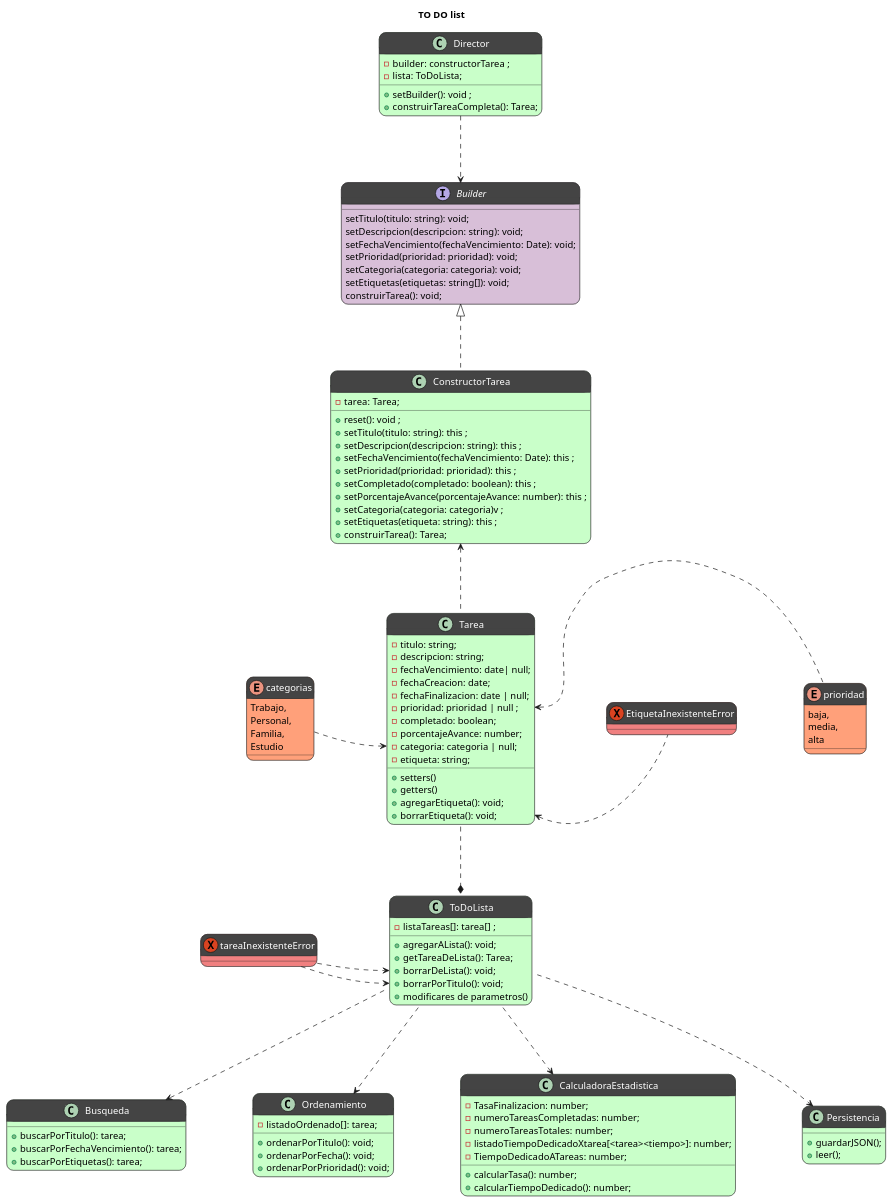
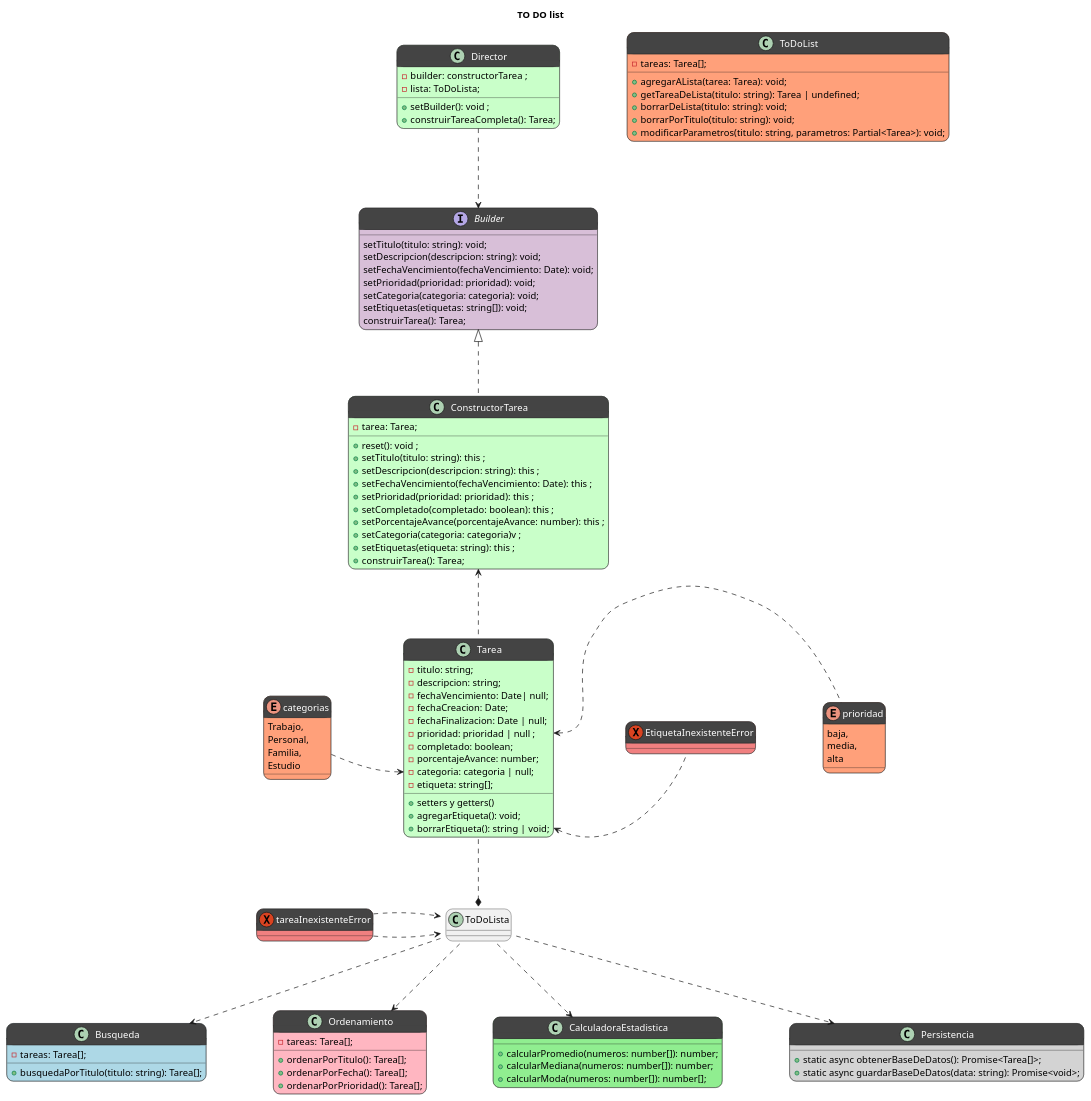
Before and after one commit to FrancoLuduena-dev/To-DO-list: the diagram in diagramas/diagrama.puml, drawn with PlantUML. The commit also changed 10 other files, not shown here.

Commit message:
arreglos de errores y actualizacion de diagramas

```diff
--- a/diagramas/diagrama.puml
+++ b/diagramas/diagrama.puml
@@ -1,144 +1,135 @@
 @startuml diagrama clases
 title TO DO list
 
 interface Builder #Thistle;header:444{
     setTitulo(titulo: string): void;
     setDescripcion(descripcion: string): void;
     setFechaVencimiento(fechaVencimiento: Date): void;
     setPrioridad(prioridad: prioridad): void;
     setCategoria(categoria: categoria): void;
     setEtiquetas(etiquetas: string[]): void;
-    construirTarea(): void;
+    construirTarea(): Tarea;
 }
 
 class Tarea #TECHNOLOGY;header:444{
     - titulo: string;
     - descripcion: string;
-    - fechaVencimiento: date| null;
-    - fechaCreacion: date;
-    - fechaFinalizacion: date | null;
+    - fechaVencimiento: Date| null;
+    - fechaCreacion: Date;
+    - fechaFinalizacion: Date | null;
     - prioridad: prioridad | null ;
     - completado: boolean;
     - porcentajeAvance: number;
     - categoria: categoria | null;
-    - etiqueta: string;
-    + setters()
-    + getters()
+    - etiqueta: string[];
+    + setters y getters()
     + agregarEtiqueta(): void;
-    + borrarEtiqueta(): void;
+    + borrarEtiqueta(): string | void;
 }
 
 class ConstructorTarea #TECHNOLOGY;header:444 implements Builder {
     - tarea: Tarea;
     +reset(): void ;
     +setTitulo(titulo: string): this ;
     +setDescripcion(descripcion: string): this ;
     +setFechaVencimiento(fechaVencimiento: Date): this ;
     +setPrioridad(prioridad: prioridad): this ;
     +setCompletado(completado: boolean): this ;
     +setPorcentajeAvance(porcentajeAvance: number): this ;
     +setCategoria(categoria: categoria)v ;
     +setEtiquetas(etiqueta: string): this ;
     +construirTarea(): Tarea;
 }
 
 class Director #TECHNOLOGY;header:444{
     -builder: constructorTarea ;
     -lista: ToDoLista;
     +setBuilder(): void ;
     +construirTareaCompleta(): Tarea;
 }
 
 enum prioridad #LightSalmon;header:444{
     baja,
     media,
     alta
     }
 
 enum categorias #LightSalmon;header:444{
     Trabajo,
     Personal,
     Familia,
     Estudio
 }
 
-class ToDoLista #TECHNOLOGY;header:444{
-    - listaTareas[]: tarea[] ;
-    + agregarALista(): void;
-    + getTareaDeLista(): Tarea;
-    + borrarDeLista(): void;
-    + borrarPorTitulo(): void;
-    + modificares de parametros()
-    ' NO SE SI SON NECESARIOS ESTOS, PUEDE TOMARLOS DEL GENERAL
+class ToDoList #LightSalmon;header:444 {
+    - tareas: Tarea[];
+    + agregarALista(tarea: Tarea): void;
+    + getTareaDeLista(titulo: string): Tarea | undefined;
+    + borrarDeLista(titulo: string): void;
+    + borrarPorTitulo(titulo: string): void;
+    + modificarParametros(titulo: string, parametros: Partial<Tarea>): void;
 }
 
-class Busqueda #TECHNOLOGY;header:444{
-    + buscarPorTitulo(): tarea;
-    + buscarPorFechaVencimiento(): tarea;
-    + buscarPorEtiquetas(): tarea;
+class Busqueda #LightBlue;header:444 {
+    - tareas: Tarea[];
+    + busquedaPorTitulo(titulo: string): Tarea[];
 }
 
-class Ordenamiento #TECHNOLOGY;header:444{
-    - listadoOrdenado[]: tarea;
-    + ordenarPorTitulo(): void;
-    + ordenarPorFecha(): void;
-    + ordenarPorPrioridad(): void;
+class Ordenamiento #LightPink;header:444 {
+    - tareas: Tarea[];
+    + ordenarPorTitulo(): Tarea[];
+    + ordenarPorFecha(): Tarea[];
+    + ordenarPorPrioridad(): Tarea[];
 }
 
-class CalculadoraEstadistica #TECHNOLOGY;header:444{
-    - TasaFinalizacion: number;
-    - numeroTareasCompletadas: number;
-    - numeroTareasTotales: number;
-    - listadoTiempoDedicadoXtarea[<tarea><tiempo>]: number;
-    'esto serviria si hacemos algunas estadisticas que sean algo asi como "promedio de tiempo para resolucion de tareas", o "tiempo dedicado a X categoria / etiqueta", sino yo pondria
-    - TiempoDedicadoATareas: number;
-    'este simplemente sumaria el tiempo desde la creacion de la tarea hasta ahora. Tambien se puede separar en tiempo dedicado a teareas completadas y tiempo dedicado a tareas no completadas
-    + calcularTasa(): number;
-    + calcularTiempoDedicado(): number;
+class CalculadoraEstadistica #LightGreen;header:444 {
+    + calcularPromedio(numeros: number[]): number;
+    + calcularMediana(numeros: number[]): number;
+    + calcularModa(numeros: number[]): number[];
 }
 
-class Persistencia #TECHNOLOGY;header:444{
-    + guardarJSON();
-    + leer();
+class Persistencia #LightGray;header:444 {
+    + static async obtenerBaseDeDatos(): Promise<Tarea[]>;
+    + static async guardarBaseDeDatos(data: string): Promise<void>;
 }
 
 exception tareaInexistenteError #LightCoral;header:444{}
 
 exception EtiquetaInexistenteError #LightCoral;header:444{}
 
 'relaciones
     skinparam ranksep 100
     'cambia el largo de las flechas
     skinparam nodesep 100
     'cambia la distancia entre los cuadrados
 
     
     categorias .r.> Tarea::categoria
     Tarea .u.> ConstructorTarea
     Tarea ..* ToDoLista
     prioridad .l.> Tarea::prioridad
     Tarea::borrarEtiqueta <.r. EtiquetaInexistenteError
     ToDoLista::borrarDeLista <.l. tareaInexistenteError
     ToDoLista::borrarPorTitulo <.l. tareaInexistenteError
     ToDoLista .d.> CalculadoraEstadistica
     ToDoLista .d.> Busqueda
     ToDoLista .d.> Ordenamiento
     ToDoLista .d.> Persistencia
     Director ..> Builder
 
 'notas
     'diseño
         'colores de clases
         /'
         clase: #TECHNOLOGY;header:444
         clase: abstracta #LightCyan;header:444
         interfaz: #Thistle;header:444
         enums: #LightSalmon;header:444
         excepciones: #LightCoral;header:444
         '/
     skinparam roundcorner 20
     'cambia las esquinas de las clases para hacerlas mas redondeadas
     skinparam classFontColor automatic
     'cambia el color de fuente de todas las clases asi se ve en blanco sobre el fondo oscuro
 
 @enduml
```
